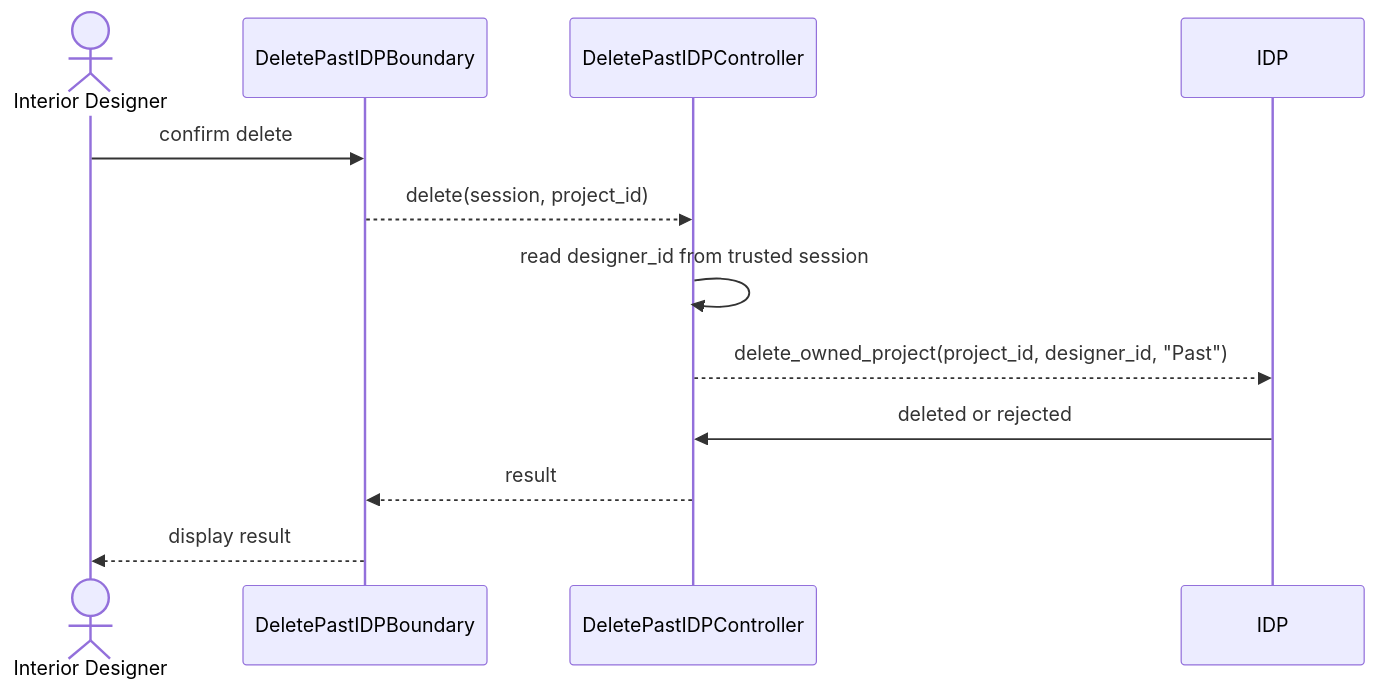
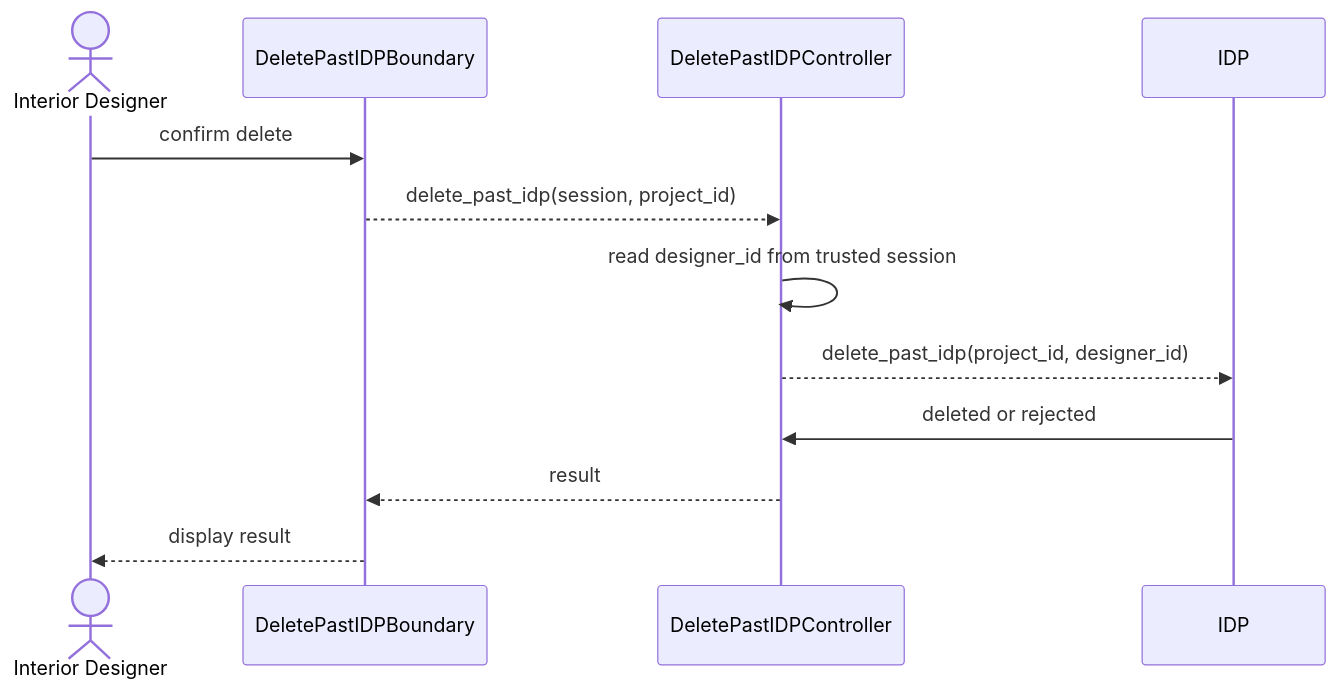
The diagram in diagrams/US28_Delete_Past_IDP/Sequence.mmd (boyinapuddle/CSIT314-Chinese), drawn with Mermaid before and after one commit. The commit also changed 140 other files, not shown here.

```diff
--- a/diagrams/US28_Delete_Past_IDP/Sequence.mmd
+++ b/diagrams/US28_Delete_Past_IDP/Sequence.mmd
@@ -1,12 +1,12 @@
 sequenceDiagram
     actor P0 as Interior Designer
     participant P1 as DeletePastIDPBoundary
     participant P2 as DeletePastIDPController
     participant P3 as IDP
     P0->>P1: confirm delete
-    P1-->>P2: delete(session, project_id)
+    P1-->>P2: delete_past_idp(session, project_id)
     P2->>P2: read designer_id from trusted session
-    P2-->>P3: delete_owned_project(project_id, designer_id, "Past")
+    P2-->>P3: delete_past_idp(project_id, designer_id)
     P3->>P2: deleted or rejected
     P2-->>P1: result
     P1-->>P0: display result
```
